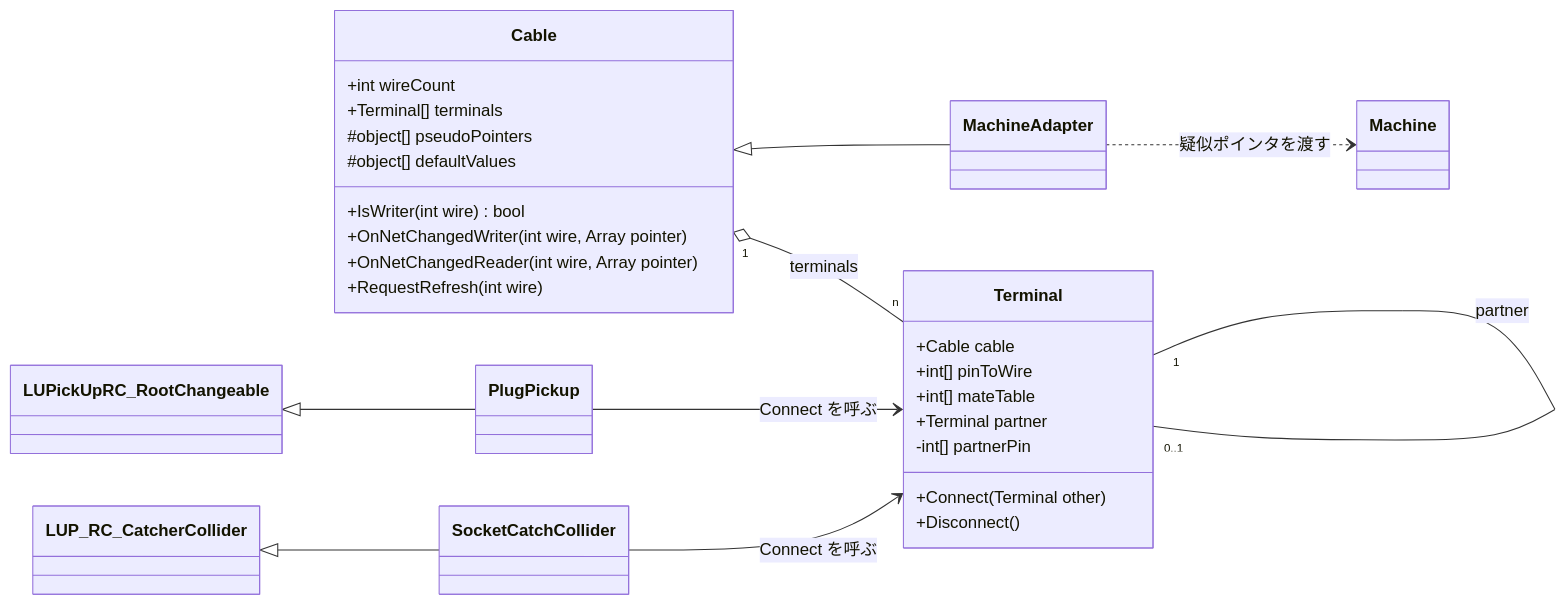
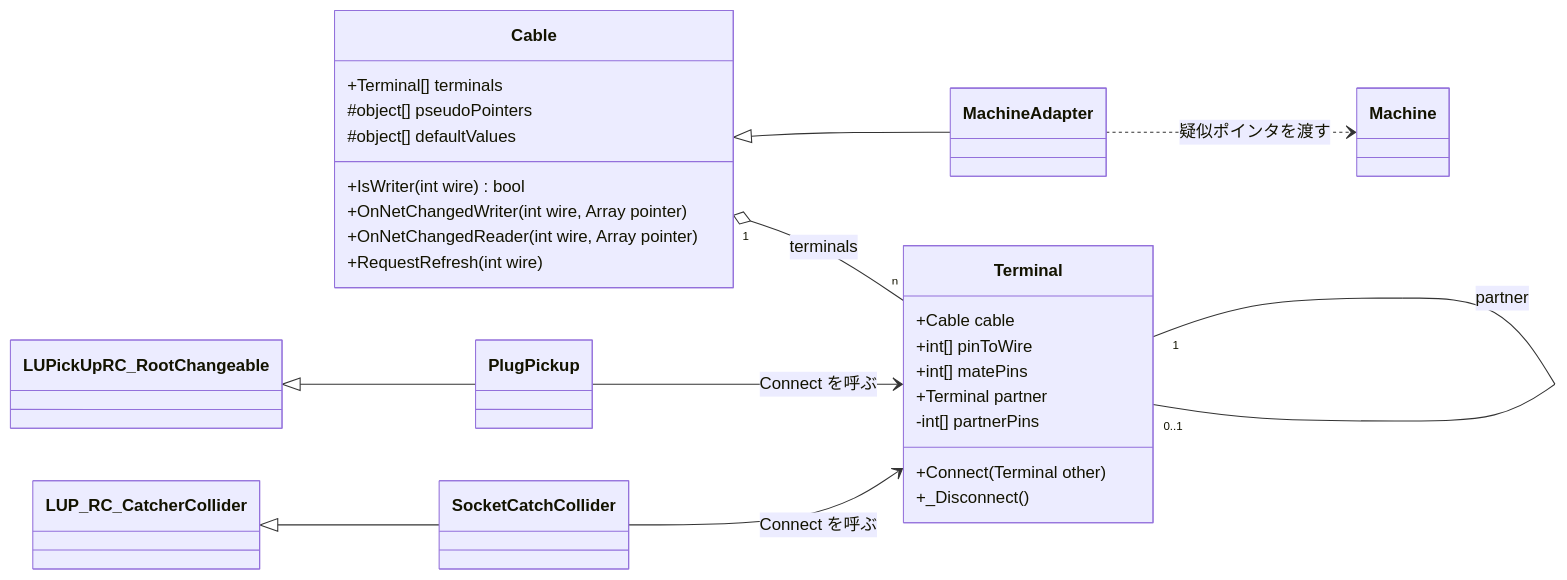
Before and after one commit to frou01/UdonSharpPickupCable: the first of 3 diagrams in Design.md, drawn with Mermaid. The commit also changed other lines of this file and 36 other files, not shown here.

````diff
--- a/Design.md
+++ b/Design.md
@@ -65,35 +64,34 @@
 ```mermaid
 classDiagram
   direction LR
   class Cable {
-    +int wireCount
     +Terminal[] terminals
     #object[] pseudoPointers
     #object[] defaultValues
     +IsWriter(int wire) bool
     +OnNetChangedWriter(int wire, Array pointer)
     +OnNetChangedReader(int wire, Array pointer)
     +RequestRefresh(int wire)
   }
   class Terminal {
     +Cable cable
     +int[] pinToWire
-    +int[] mateTable
+    +int[] matePins
     +Terminal partner
-    -int[] partnerPin
+    -int[] partnerPins
     +Connect(Terminal other)
-    +Disconnect()
+    +_Disconnect()
   }
   class MachineAdapter
   class Machine
   class PlugPickup
   class SocketCatchCollider
   Cable "1" o-- "n" Terminal : terminals
   Terminal "1" -- "0..1" Terminal : partner
   Cable <|-- MachineAdapter
   MachineAdapter ..> Machine : 疑似ポインタを渡す
   PlugPickup --> Terminal : Connect を呼ぶ
   SocketCatchCollider --> Terminal : Connect を呼ぶ
   LUPickUpRC_RootChangeable <|-- PlugPickup
   LUP_RC_CatcherCollider <|-- SocketCatchCollider
 ```
````
